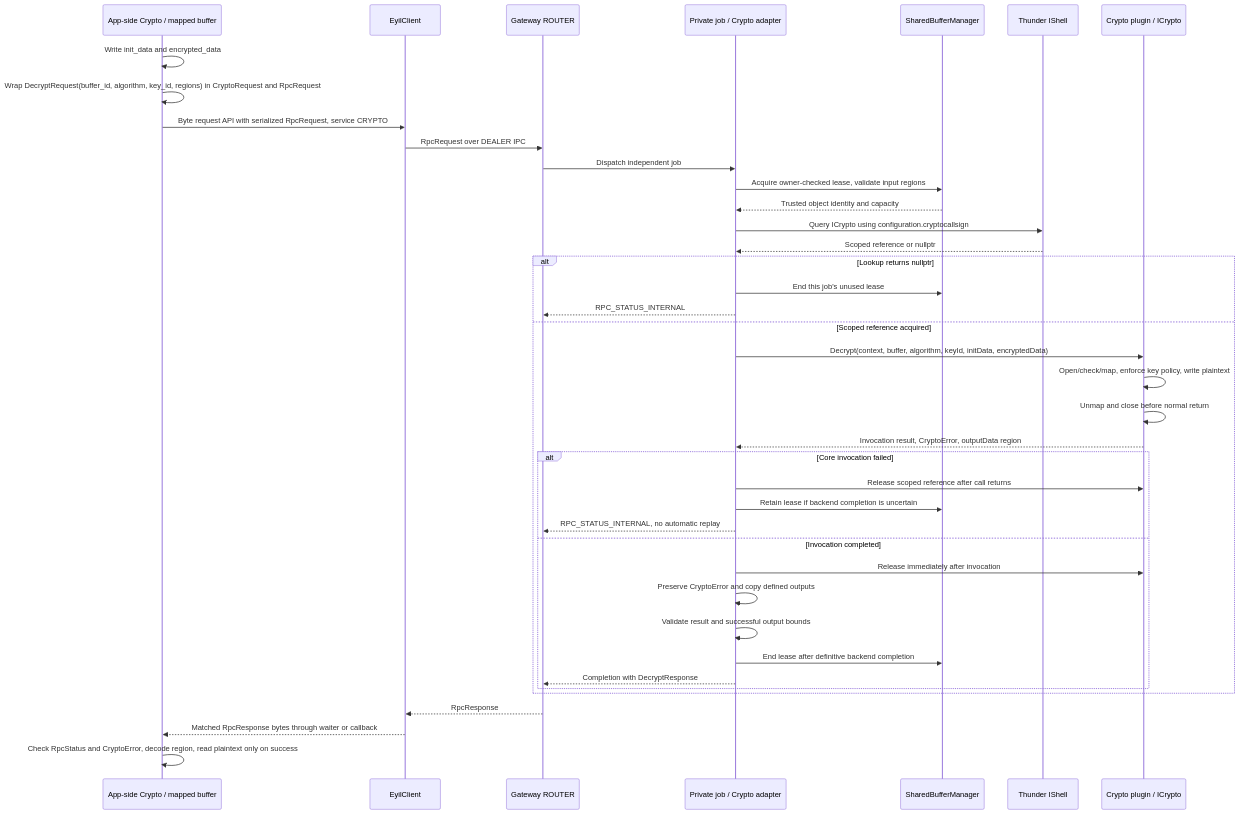
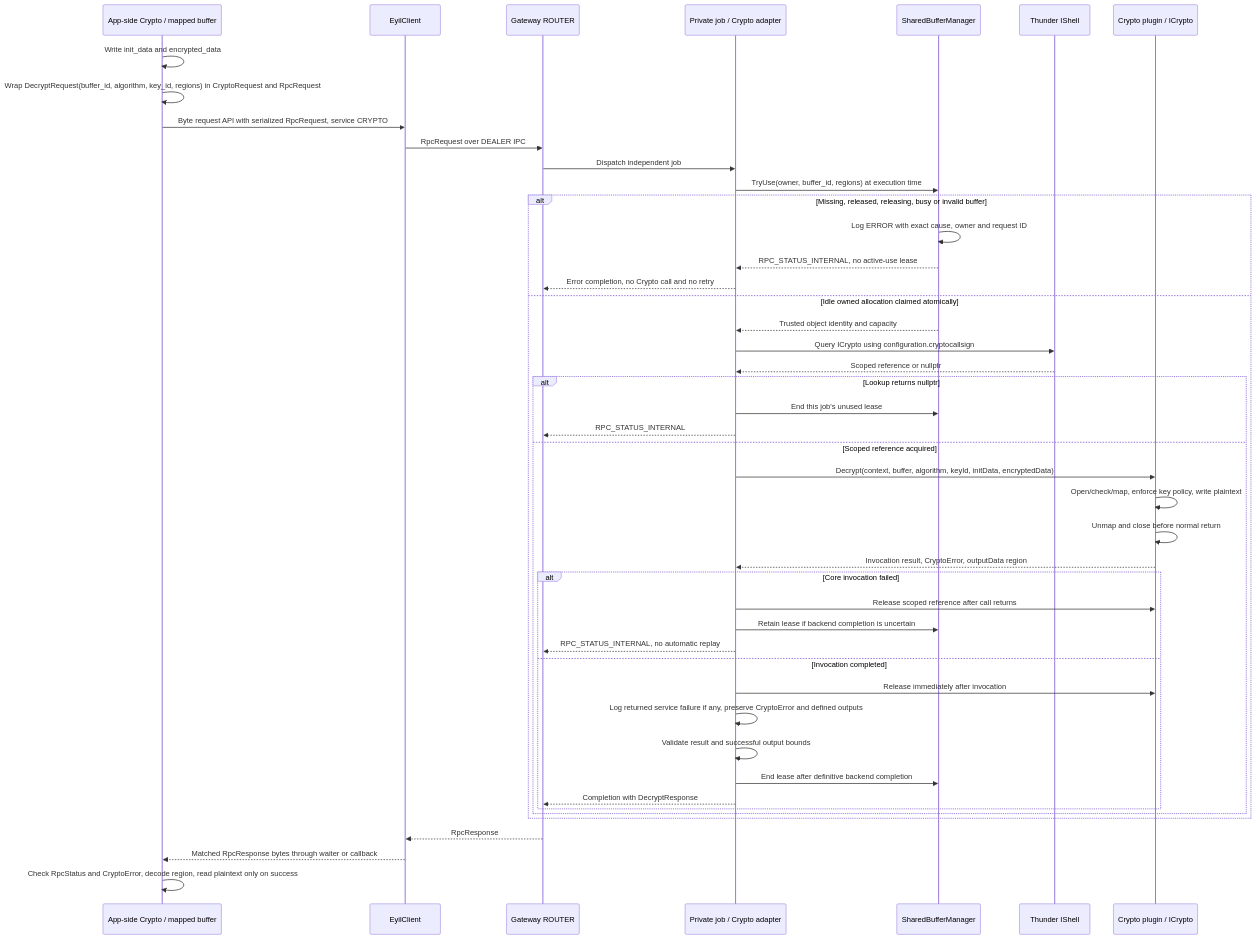
Before and after one commit to rdkcentral/eyil-secure-gateway: diagram 24 of 36 in doc/EyilSecureGateway.md, drawn with Mermaid. The commit also changed other lines of this file and 2 other files, not shown here.

````diff
--- a/doc/EyilSecureGateway.md
+++ b/doc/EyilSecureGateway.md
@@ -3536,42 +3612,48 @@
 ```mermaid
 sequenceDiagram
     participant A as App-side Crypto / mapped buffer
     participant L as EyilClient
     participant R as Gateway ROUTER
     participant J as Private job / Crypto adapter
     participant B as SharedBufferManager
     participant T as Thunder IShell
     participant C as Crypto plugin / ICrypto
     A->>A: Write init_data and encrypted_data
     A->>A: Wrap DecryptRequest(buffer_id, algorithm, key_id, regions) in CryptoRequest and RpcRequest
     A->>L: Byte request API with serialized RpcRequest, service CRYPTO
     L->>R: RpcRequest over DEALER IPC
     R->>J: Dispatch independent job
-    J->>B: Acquire owner-checked lease, validate input regions
-    B-->>J: Trusted object identity and capacity
-    J->>T: Query ICrypto using configuration.cryptocallsign
-    T-->>J: Scoped reference or nullptr
-    alt Lookup returns nullptr
-        J->>B: End this job's unused lease
-        J-->>R: RPC_STATUS_INTERNAL
-    else Scoped reference acquired
-        J->>C: Decrypt(context, buffer, algorithm, keyId, initData, encryptedData)
-        C->>C: Open/check/map, enforce key policy, write plaintext
-        C->>C: Unmap and close before normal return
-        C-->>J: Invocation result, CryptoError, outputData region
-        alt Core invocation failed
-            J->>C: Release scoped reference after call returns
-            J->>B: Retain lease if backend completion is uncertain
-            J-->>R: RPC_STATUS_INTERNAL, no automatic replay
-        else Invocation completed
-            J->>C: Release immediately after invocation
-            J->>J: Preserve CryptoError and copy defined outputs
-            J->>J: Validate result and successful output bounds
-            J->>B: End lease after definitive backend completion
-            J-->>R: Completion with DecryptResponse
+    J->>B: TryUse(owner, buffer_id, regions) at execution time
+    alt Missing, released, releasing, busy or invalid buffer
+        B->>B: Log ERROR with exact cause, owner and request ID
+        B-->>J: RPC_STATUS_INTERNAL, no active-use lease
+        J-->>R: Error completion, no Crypto call and no retry
+    else Idle owned allocation claimed atomically
+        B-->>J: Trusted object identity and capacity
+        J->>T: Query ICrypto using configuration.cryptocallsign
+        T-->>J: Scoped reference or nullptr
+        alt Lookup returns nullptr
+            J->>B: End this job's unused lease
+            J-->>R: RPC_STATUS_INTERNAL
+        else Scoped reference acquired
+            J->>C: Decrypt(context, buffer, algorithm, keyId, initData, encryptedData)
+            C->>C: Open/check/map, enforce key policy, write plaintext
+            C->>C: Unmap and close before normal return
+            C-->>J: Invocation result, CryptoError, outputData region
+            alt Core invocation failed
+                J->>C: Release scoped reference after call returns
+                J->>B: Retain lease if backend completion is uncertain
+                J-->>R: RPC_STATUS_INTERNAL, no automatic replay
+            else Invocation completed
+                J->>C: Release immediately after invocation
+                J->>J: Log returned service failure if any, preserve CryptoError and defined outputs
+                J->>J: Validate result and successful output bounds
+                J->>B: End lease after definitive backend completion
+                J-->>R: Completion with DecryptResponse
+            end
         end
     end
     R-->>L: RpcResponse
     L-->>A: Matched RpcResponse bytes through waiter or callback
     A->>A: Check RpcStatus and CryptoError, decode region, read plaintext only on success
 ```
````
